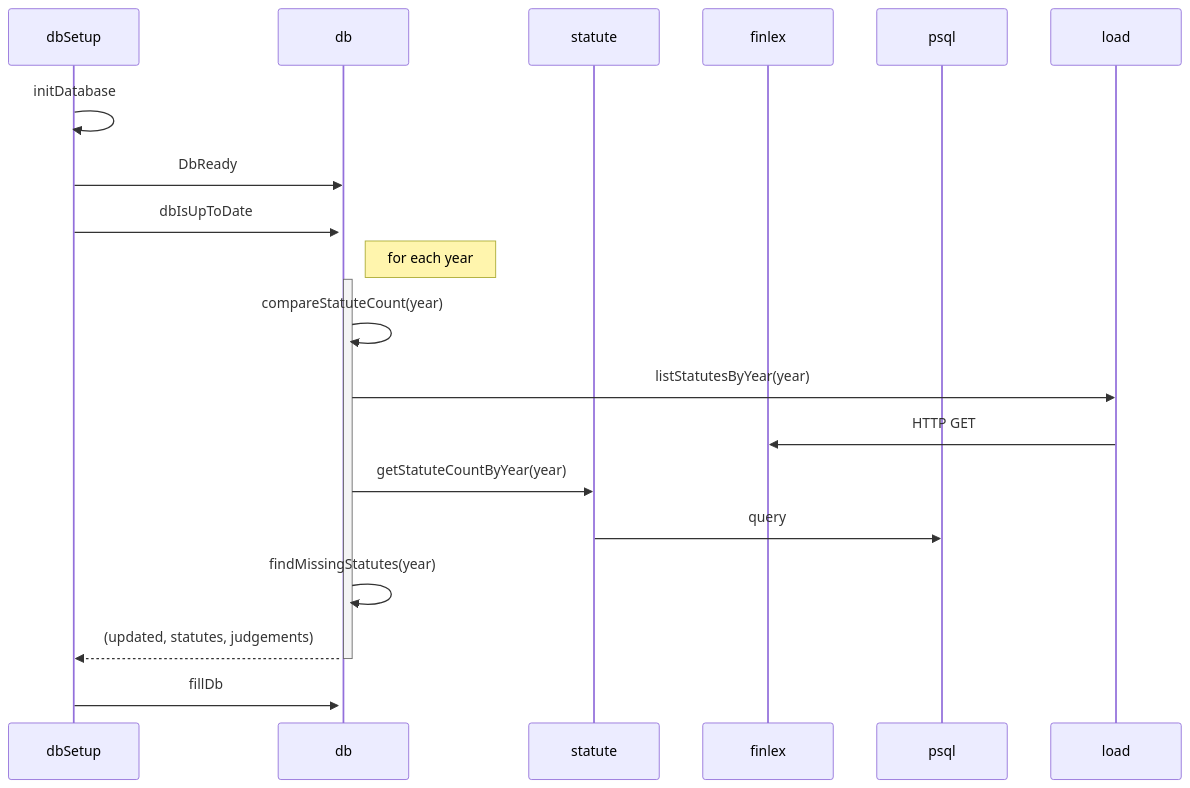
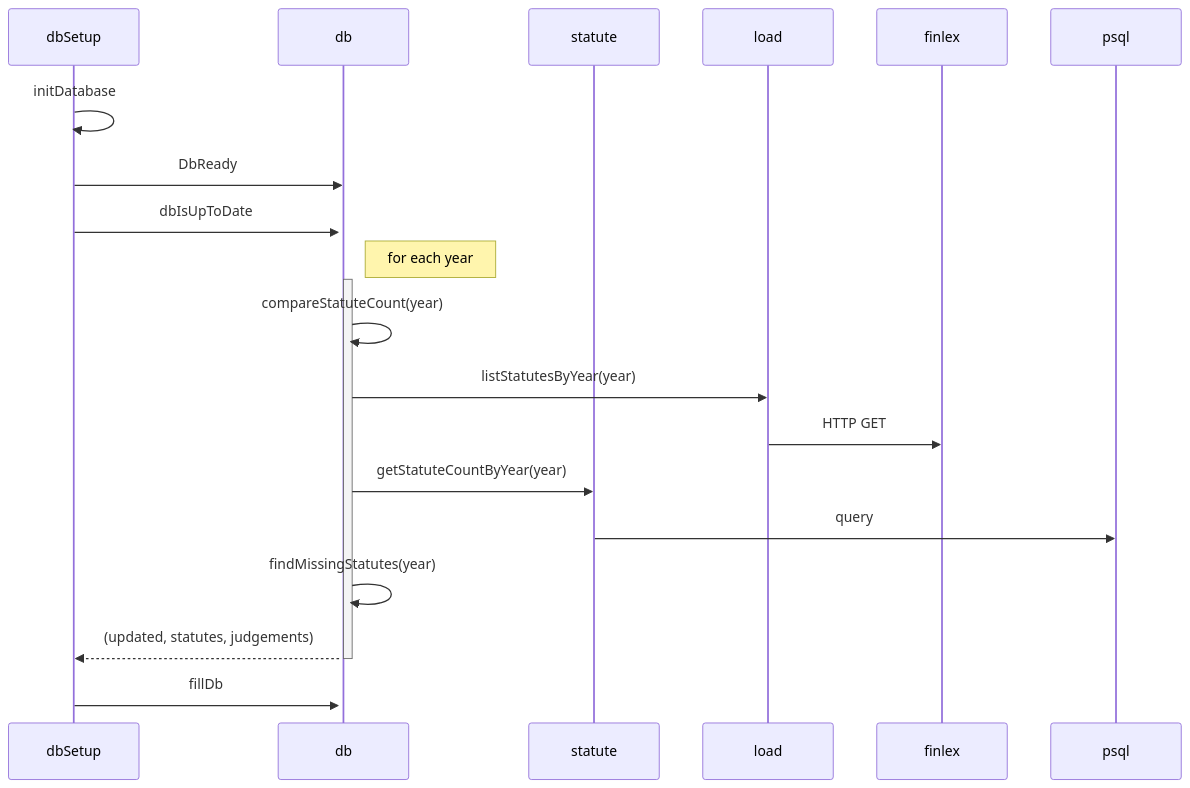
The first of 3 diagrams in README.md (mluukkai/poc), drawn with Mermaid before and after one commit.

````diff
--- a/README.md
+++ b/README.md
@@ -1,23 +1,24 @@
 ```mermaid
 sequenceDiagram
   participant dbSetup
   participant db
   participant statute
+  participant load
   participant finlex
   participant psql
 
   dbSetup ->> dbSetup: initDatabase
   dbSetup ->> db: DbReady
   dbSetup ->>+ db: dbIsUpToDate
   Note right of db: for each year
   activate db
   db ->> db: compareStatuteCount(year)
   db ->> load: listStatutesByYear(year)
   load ->> finlex: HTTP GET
   db ->> statute: getStatuteCountByYear(year)
   statute ->> psql: query
   db ->> db: findMissingStatutes(year)
   db -->> dbSetup: (updated, statutes, judgements)
   deactivate db
   dbSetup ->> db: fillDb
 ```
````
